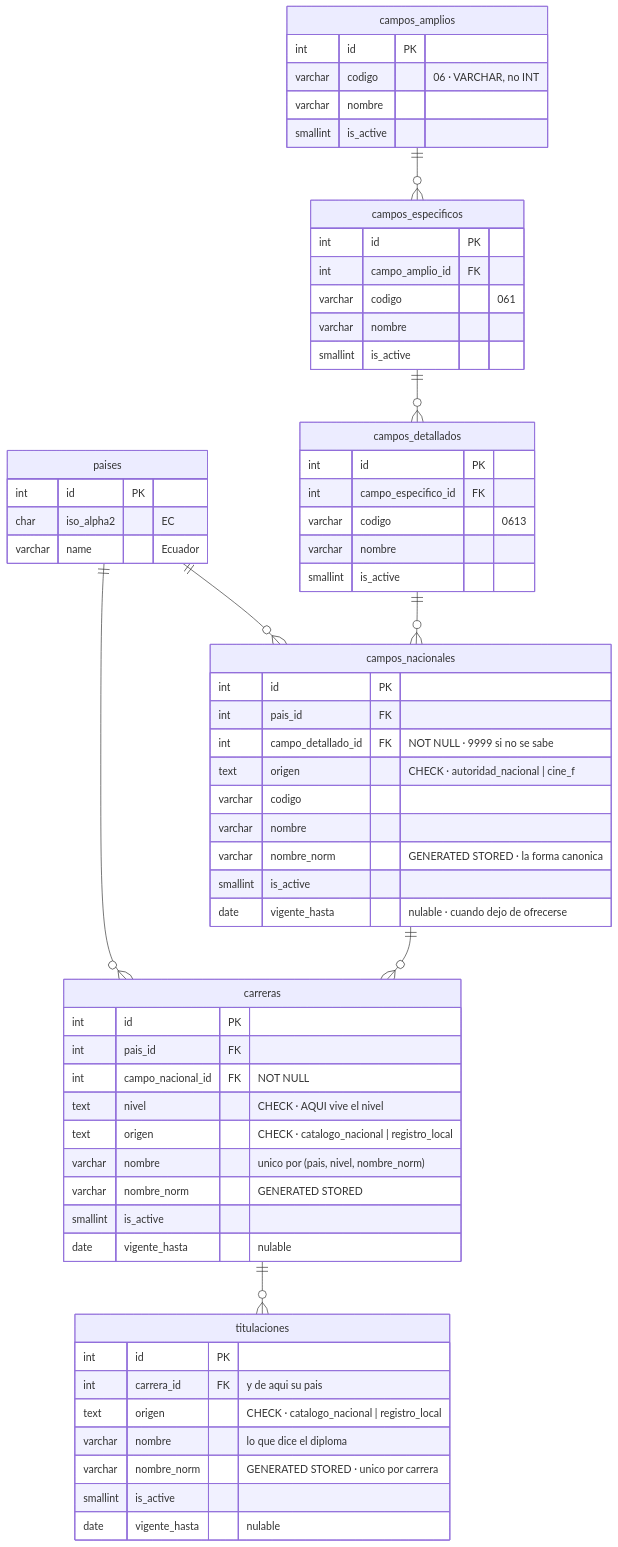
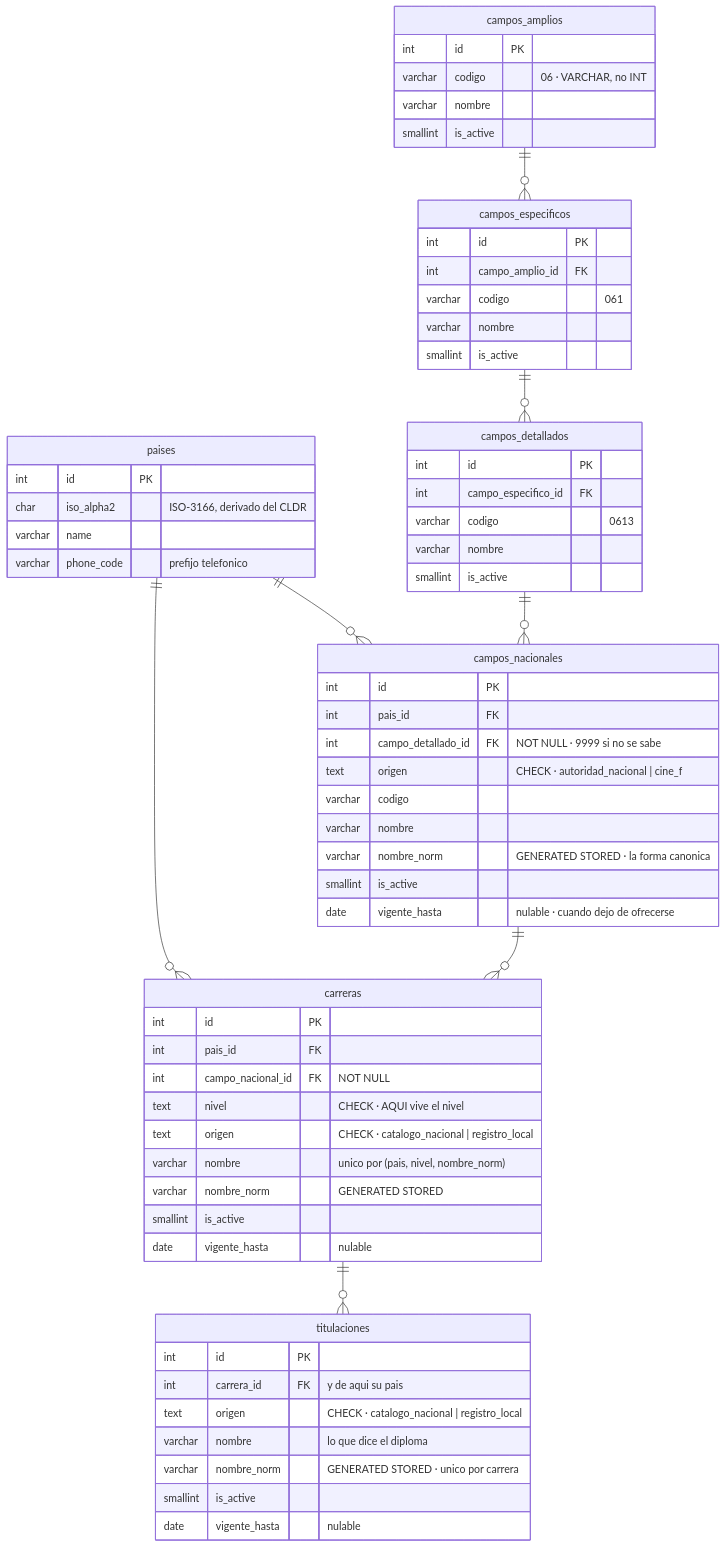
The fifth of 8 diagrams in docs/src/content/docs/complemento/expediente.md (fresvel/deasy), drawn with Mermaid before and after one commit. The commit also changed other lines of this file and 4 other files, not shown here.

First line of the commit message:
docs(expediente): arregla los diagramas incoherentes, y pone la puerta que faltaba

````diff
--- a/docs/src/content/docs/complemento/expediente.md
+++ b/docs/src/content/docs/complemento/expediente.md
@@ -345,73 +344,74 @@
 ```mermaid
 erDiagram
   paises ||--o{ campos_nacionales : ""
   paises ||--o{ carreras : ""
   campos_amplios ||--o{ campos_especificos : ""
   campos_especificos ||--o{ campos_detallados : ""
   campos_detallados ||--o{ campos_nacionales : ""
   campos_nacionales ||--o{ carreras : ""
   carreras ||--o{ titulaciones : ""
 
   paises {
     int id PK
-    char iso_alpha2 "EC"
-    varchar name "Ecuador"
+    char iso_alpha2 "ISO-3166, derivado del CLDR"
+    varchar name
+    varchar phone_code "prefijo telefonico"
   }
 
   campos_amplios {
     int id PK
     varchar codigo "06 · VARCHAR, no INT"
     varchar nombre
     smallint is_active
   }
 
   campos_especificos {
     int id PK
     int campo_amplio_id FK
     varchar codigo "061"
     varchar nombre
     smallint is_active
   }
 
   campos_detallados {
     int id PK
     int campo_especifico_id FK
     varchar codigo "0613"
     varchar nombre
     smallint is_active
   }
 
   campos_nacionales {
     int id PK
     int pais_id FK
     int campo_detallado_id FK "NOT NULL · 9999 si no se sabe"
     text origen "CHECK · autoridad_nacional | cine_f"
     varchar codigo
     varchar nombre
     varchar nombre_norm "GENERATED STORED · la forma canonica"
     smallint is_active
     date vigente_hasta "nulable · cuando dejo de ofrecerse"
   }
 
   carreras {
     int id PK
     int pais_id FK
     int campo_nacional_id FK "NOT NULL"
     text nivel "CHECK · AQUI vive el nivel"
     text origen "CHECK · catalogo_nacional | registro_local"
     varchar nombre "unico por (pais, nivel, nombre_norm)"
     varchar nombre_norm "GENERATED STORED"
     smallint is_active
     date vigente_hasta "nulable"
   }
 
   titulaciones {
     int id PK
     int carrera_id FK "y de aqui su pais"
     text origen "CHECK · catalogo_nacional | registro_local"
     varchar nombre "lo que dice el diploma"
     varchar nombre_norm "GENERATED STORED · unico por carrera"
     smallint is_active
     date vigente_hasta "nulable"
   }
 ```
````
